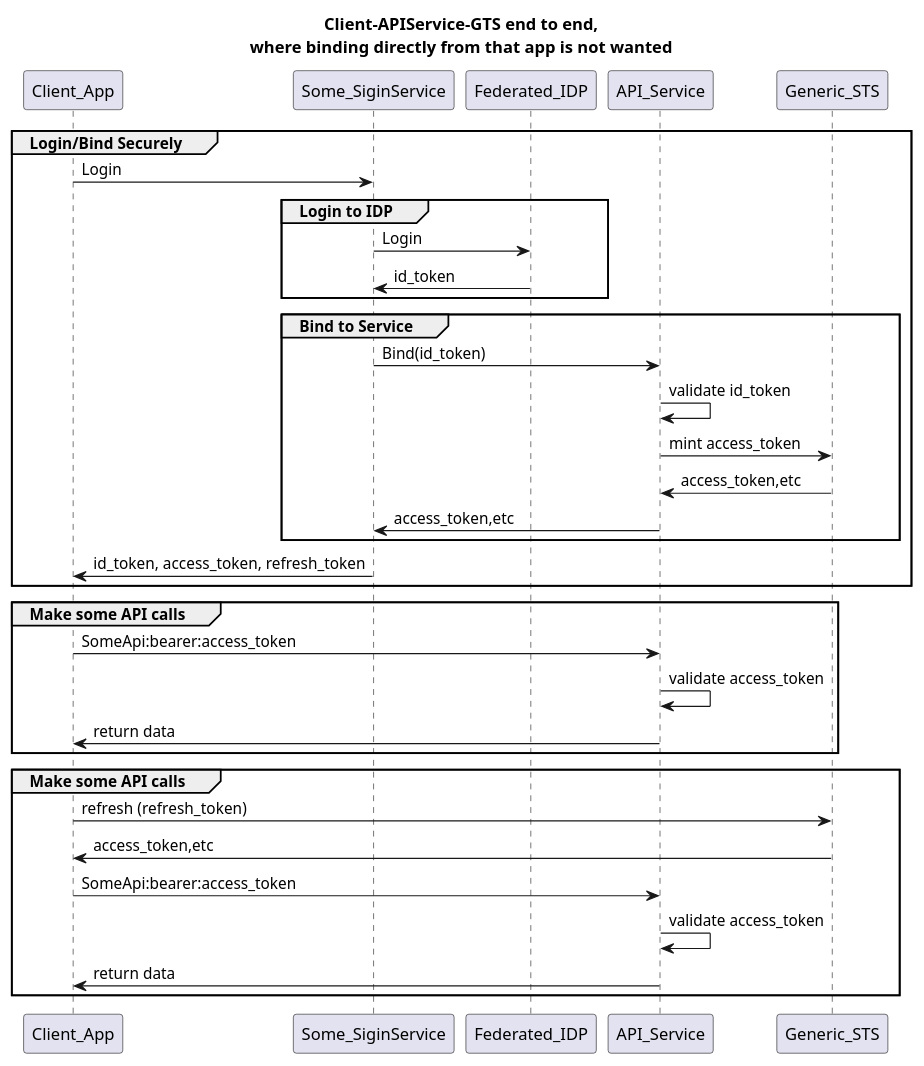
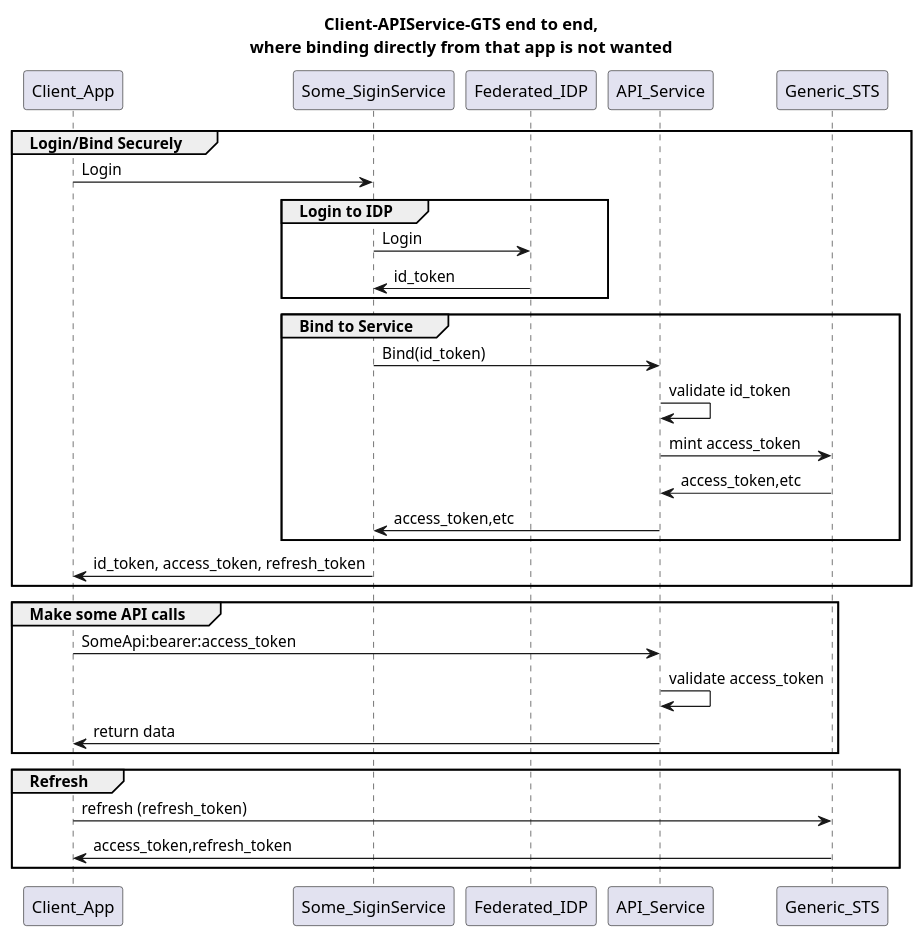
Before and after one commit to ghstahl/Generic-Security-Token-Service: the diagram in docs/login-bind-securely.plantuml, drawn with PlantUML.

```diff
--- a/docs/login-bind-securely.plantuml
+++ b/docs/login-bind-securely.plantuml
@@ -1,32 +1,29 @@
 @startuml
 
 title Client-APIService-GTS end to end,\nwhere binding directly from that app is not wanted
 
 group Login/Bind Securely
 Client_App -> Some_SiginService:Login
 group Login to IDP
 Some_SiginService -> Federated_IDP:Login
 Some_SiginService <- Federated_IDP:id_token
 end
 group Bind to Service
 Some_SiginService -> API_Service:Bind(id_token)
 API_Service -> API_Service: validate id_token
 API_Service -> Generic_STS: mint access_token
 API_Service <- Generic_STS: access_token,etc
 Some_SiginService <- API_Service:access_token,etc
 end
 Client_App <- Some_SiginService:id_token, access_token, refresh_token
 end
 group Make some API calls
 Client_App -> API_Service:SomeApi:bearer:access_token
 API_Service -> API_Service: validate access_token
 Client_App <- API_Service: return data 
 end
-group Make some API calls
+group Refresh
 Client_App -> Generic_STS:refresh (refresh_token)
-Client_App <- Generic_STS: access_token,etc
-Client_App -> API_Service:SomeApi:bearer:access_token
-API_Service -> API_Service: validate access_token
-Client_App <- API_Service: return data
+Client_App <- Generic_STS: access_token,refresh_token
 end
 @enduml
```
